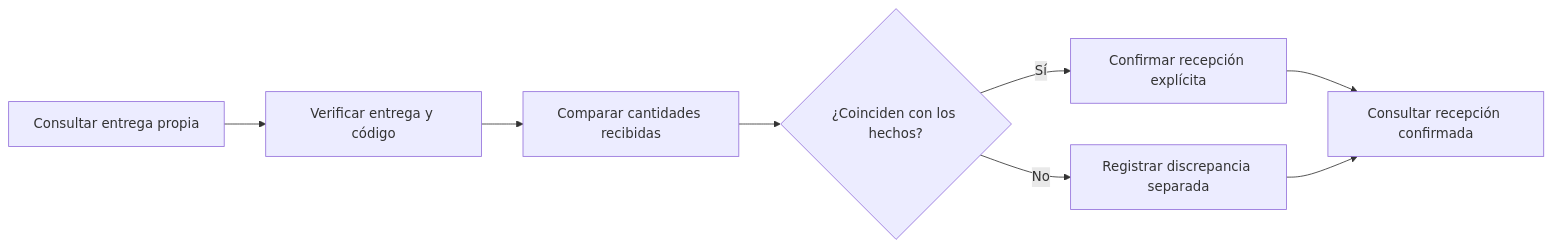
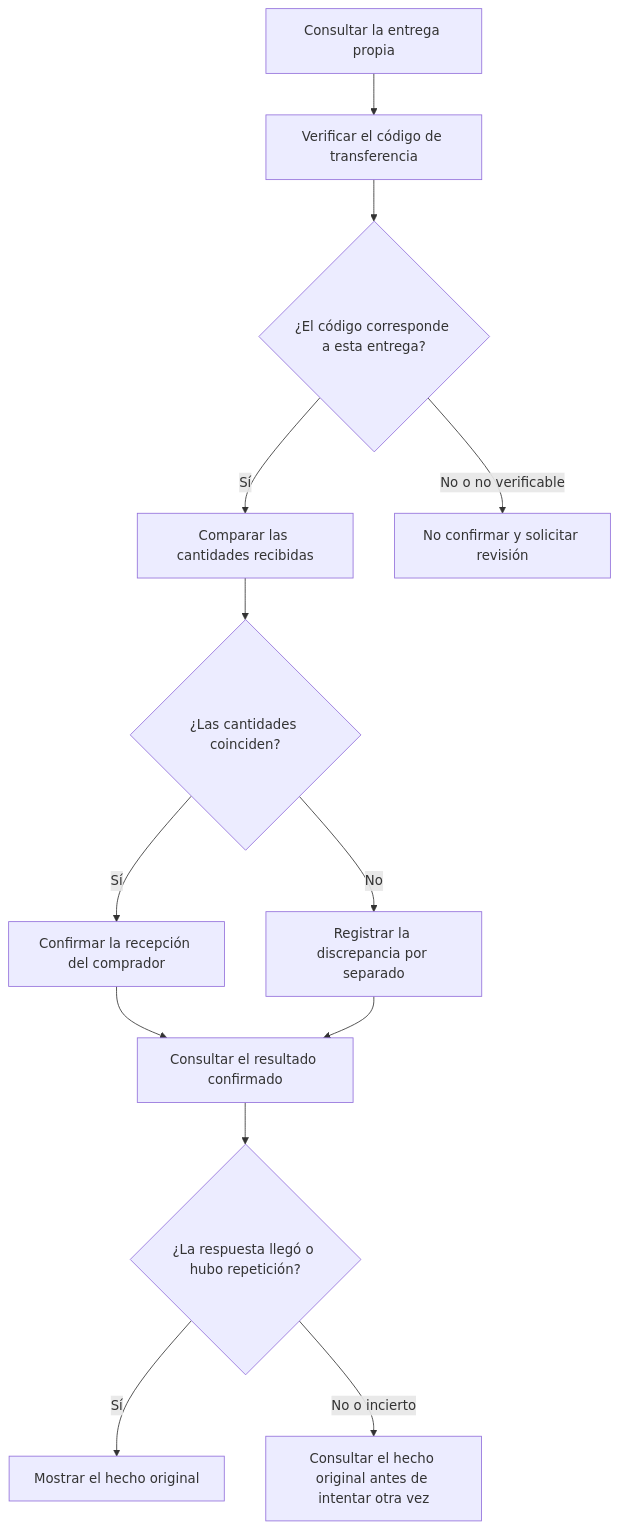
The fifth of 5 diagrams in report/03-solution-ui-ux-design/3.1-product-design/3.1.4-mobile-applications-ux-ui-design/3.1.4.4-mobile-application-user-flows.md (nexa-suite/mobile-report), drawn with Mermaid before and after one commit. The commit also changed other lines of this file, not shown here.

Commit message:
docs(ch3): clarify user flows and recovery paths

````diff
--- a/report/03-solution-ui-ux-design/3.1-product-design/3.1.4-mobile-applications-ux-ui-design/3.1.4.4-mobile-application-user-flows.md
+++ b/report/03-solution-ui-ux-design/3.1-product-design/3.1.4-mobile-applications-ux-ui-design/3.1.4.4-mobile-application-user-flows.md
@@ -160,10 +145,15 @@
-```mermaid
-flowchart LR
-  A["Consultar entrega propia"] --> B["Verificar entrega y código"]
-  B --> C["Comparar cantidades recibidas"]
-  C --> D{"¿Coinciden con los hechos?"}
-  D -->|"Sí"| E["Confirmar recepción explícita"]
-  D -->|"No"| F["Registrar discrepancia separada"]
-  E --> G["Consultar recepción confirmada"]
-  F --> G
-```
+~~~mermaid
+flowchart TB
+  A["Consultar la entrega propia"] --> B["Verificar el código de transferencia"]
+  B --> C{"¿El código corresponde a esta entrega?"}
+  C -->|"Sí"| D["Comparar las cantidades recibidas"]
+  C -->|"No o no verificable"| E["No confirmar y solicitar revisión"]
+  D --> F{"¿Las cantidades coinciden?"}
+  F -->|"Sí"| G["Confirmar la recepción del comprador"]
+  F -->|"No"| H["Registrar la discrepancia por separado"]
+  G --> I["Consultar el resultado confirmado"]
+  H --> I
+  I --> J{"¿La respuesta llegó o hubo repetición?"}
+  J -->|"Sí"| K["Mostrar el hecho original"]
+  J -->|"No o incierto"| L["Consultar el hecho original antes de intentar otra vez"]
+~~~
````
